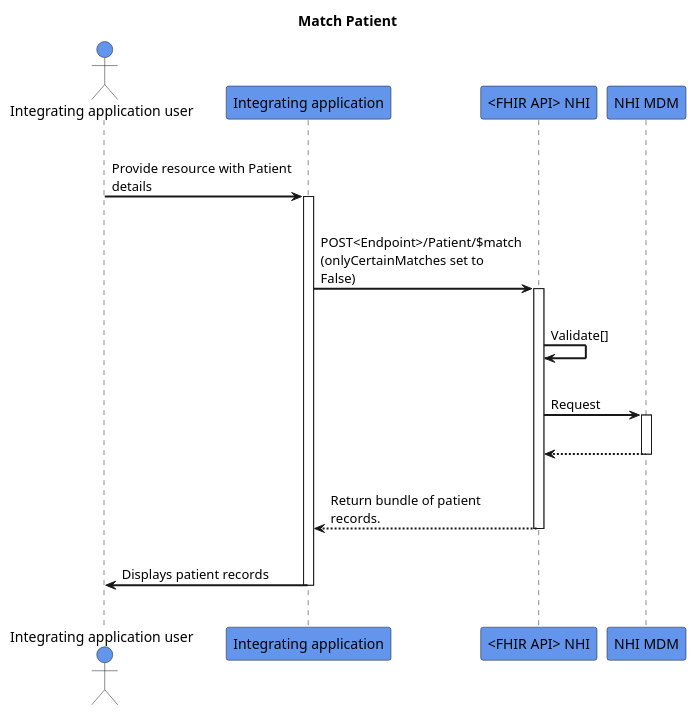
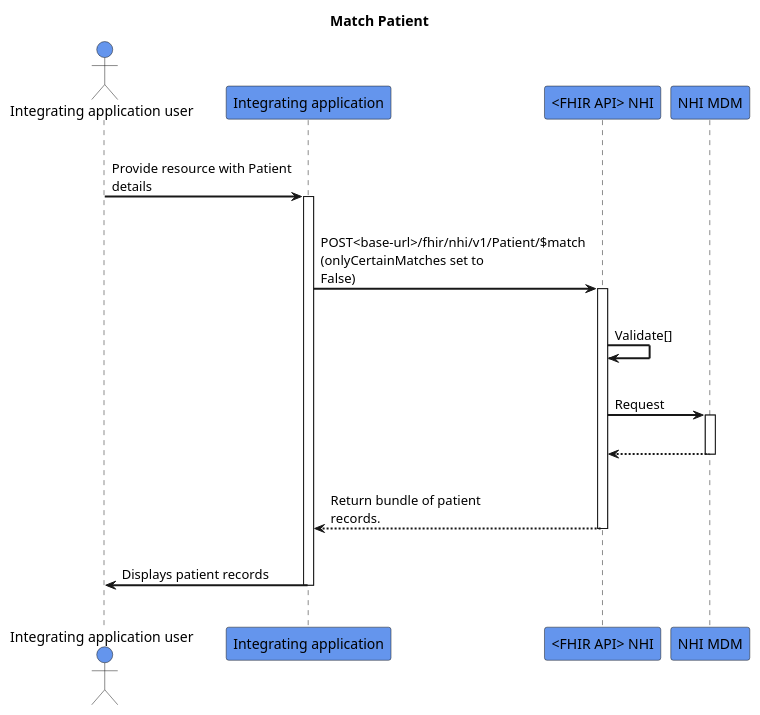
The diagram in input/images-source/match-patient.plantuml (HL7NZ/nhi), drawn with PlantUML before and after one commit.

```diff
--- a/input/images-source/match-patient.plantuml
+++ b/input/images-source/match-patient.plantuml
@@ -1,33 +1,33 @@
 @startuml
 skinparam sequenceArrowThickness 2
 skinparam roundcorner 5
 skinparam maxmessagesize 180
 skinparam sequenceParticipant bold
 title Match Patient
 actor "Integrating application user" as User #CornflowerBlue
 participant "Integrating application" as A #CornflowerBlue
 participant "<FHIR API> NHI" as B #CornflowerBlue
 participant "NHI MDM" as C #CornflowerBlue
 |||
 User -> A: Provide resource with Patient details
 activate A
 |||
-A -> B: POST<Endpoint>/Patient/$match (onlyCertainMatches set to False)
+A -> B: POST<base-url>/fhir/nhi/v1/Patient/$match (onlyCertainMatches set to False)
 activate B
 |||
 B -> B: Validate[]
 |||
 B -> C: Request
 activate C
 |||
 
 C -[dashed]-> B:  
 deactivate C
 |||
 B -[dashed]-> A :Return bundle of patient records.
 deactivate B
 |||
 A -> User: Displays patient records
 deactivate A
 |||
 @enduml
```
